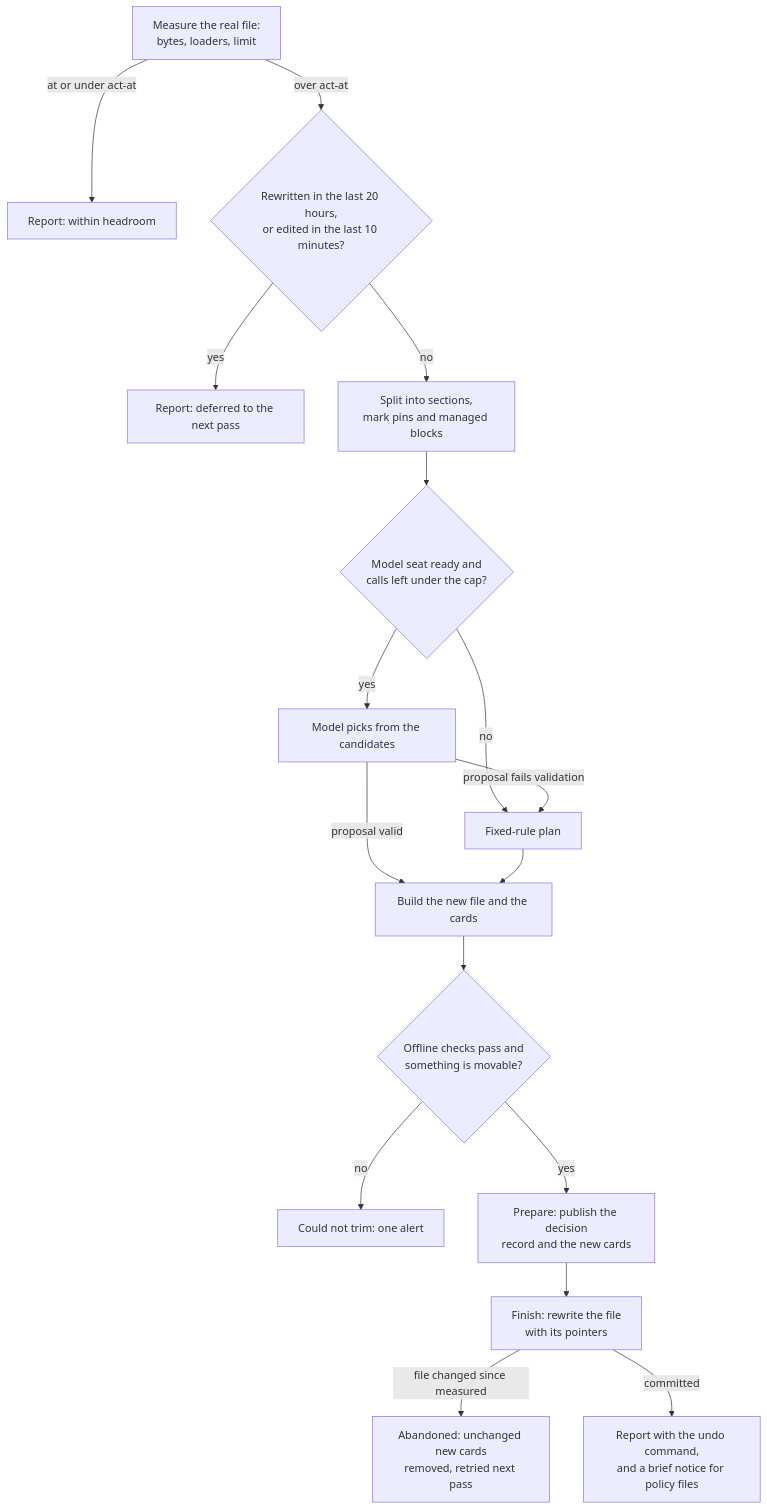
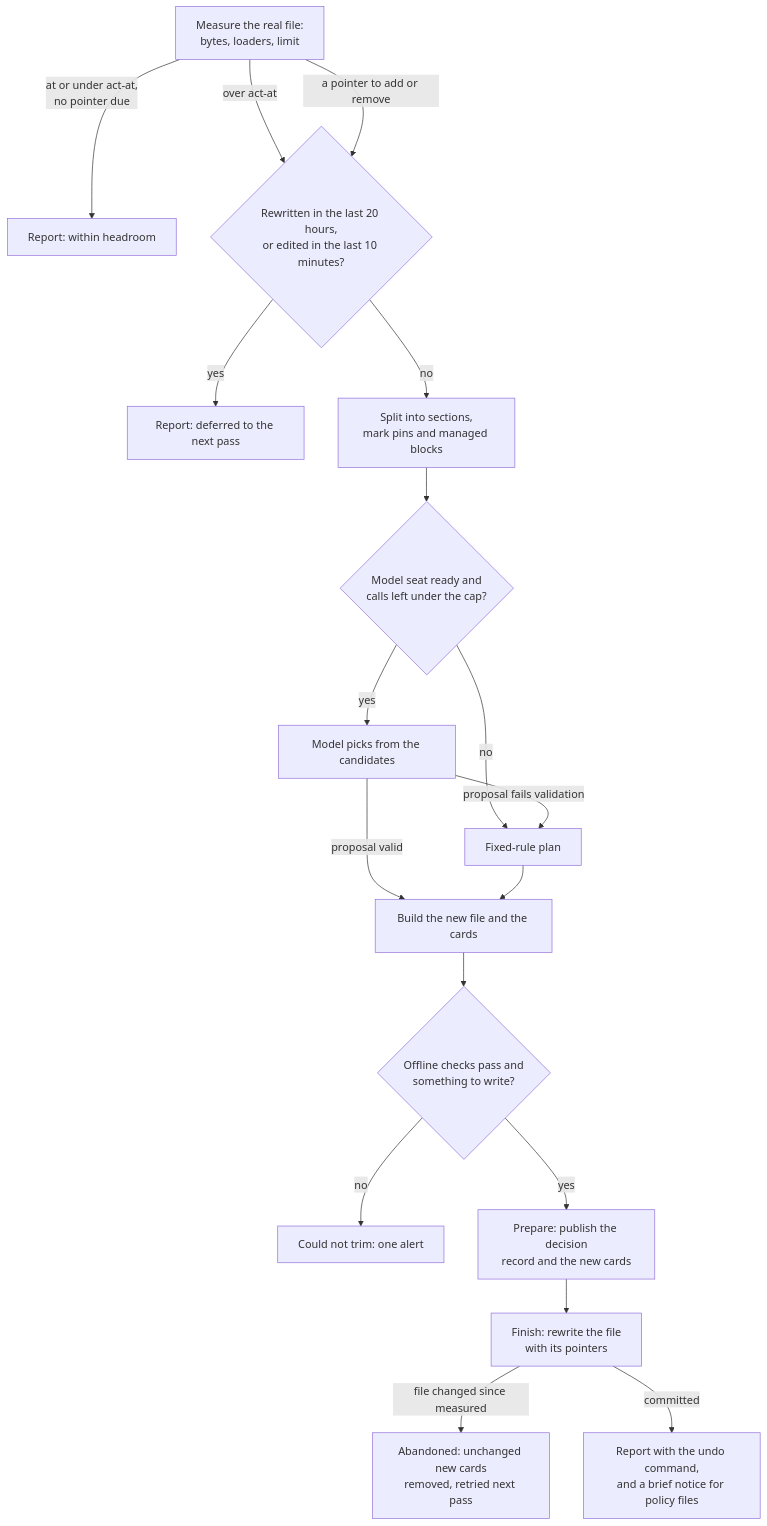
One commit to escoffier-labs/brigade changed the first of 3 diagrams in docs/superpowers/specs/2026-11-13-instruction-budget-care-design.md. Above: the diagram before and after it, drawn with Mermaid. The commit also changed other lines of this file, not shown here.

````diff
--- a/docs/superpowers/specs/2026-11-13-instruction-budget-care-design.md
+++ b/docs/superpowers/specs/2026-11-13-instruction-budget-care-design.md
@@ -47,19 +48,20 @@
 ```mermaid
 flowchart TD
-  A["Measure the real file:<br/>bytes, loaders, limit"] -->|"at or under act-at"| R["Report: within headroom"]
+  A["Measure the real file:<br/>bytes, loaders, limit"] -->|"at or under act-at,<br/>no pointer due"| R["Report: within headroom"]
   A -->|"over act-at"| B{"Rewritten in the last 20 hours,<br/>or edited in the last 10 minutes?"}
+  A -->|"a pointer to add or remove"| B
   B -->|"yes"| W["Report: deferred to the next pass"]
   B -->|"no"| C["Split into sections,<br/>mark pins and managed blocks"]
   C --> D{"Model seat ready and<br/>calls left under the cap?"}
   D -->|"yes"| E["Model picks from the candidates"]
   D -->|"no"| F["Fixed-rule plan"]
   E -->|"proposal fails validation"| F
   E -->|"proposal valid"| G["Build the new file and the cards"]
   F --> G
-  G --> H{"Offline checks pass and<br/>something is movable?"}
+  G --> H{"Offline checks pass and<br/>something to write?"}
   H -->|"no"| X["Could not trim: one alert"]
   H -->|"yes"| P["Prepare: publish the decision<br/>record and the new cards"]
   P --> Q["Finish: rewrite the file<br/>with its pointers"]
   Q -->|"file changed since measured"| Ab["Abandoned: unchanged new cards<br/>removed, retried next pass"]
   Q -->|"committed"| K["Report with the undo command,<br/>and a brief notice for policy files"]
 ```
````
